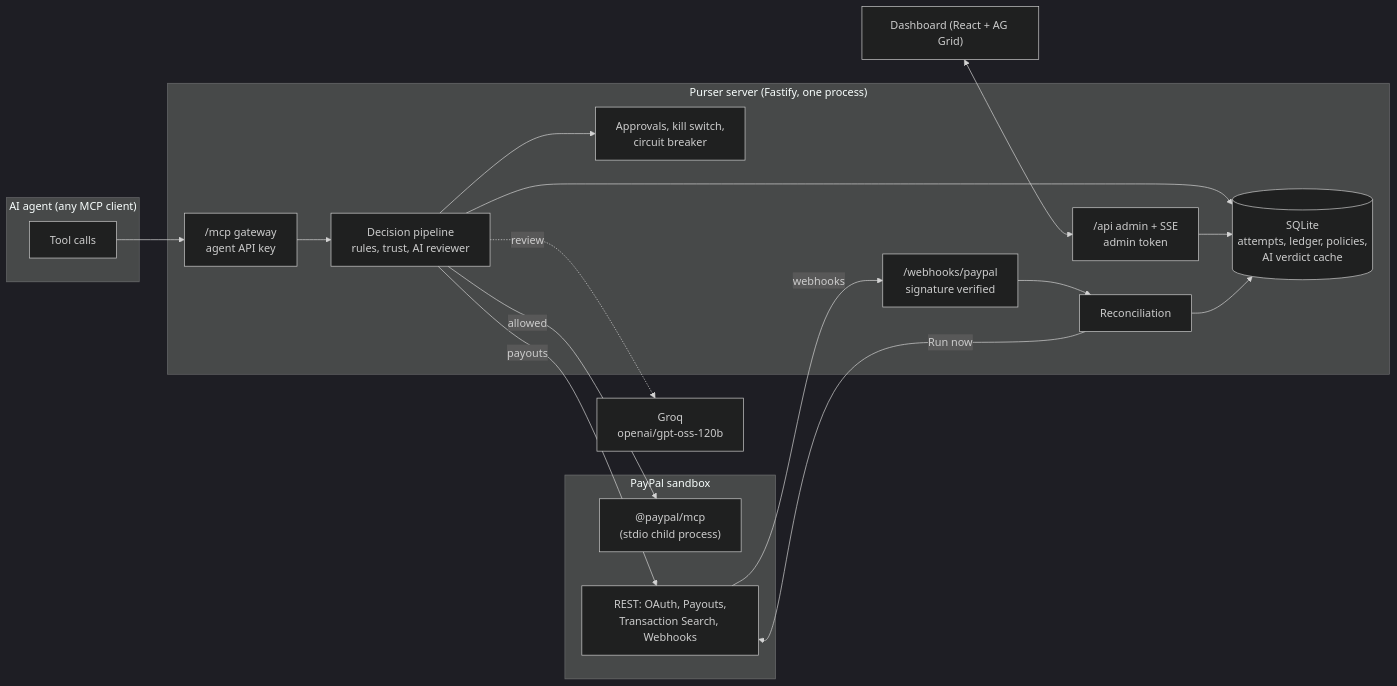
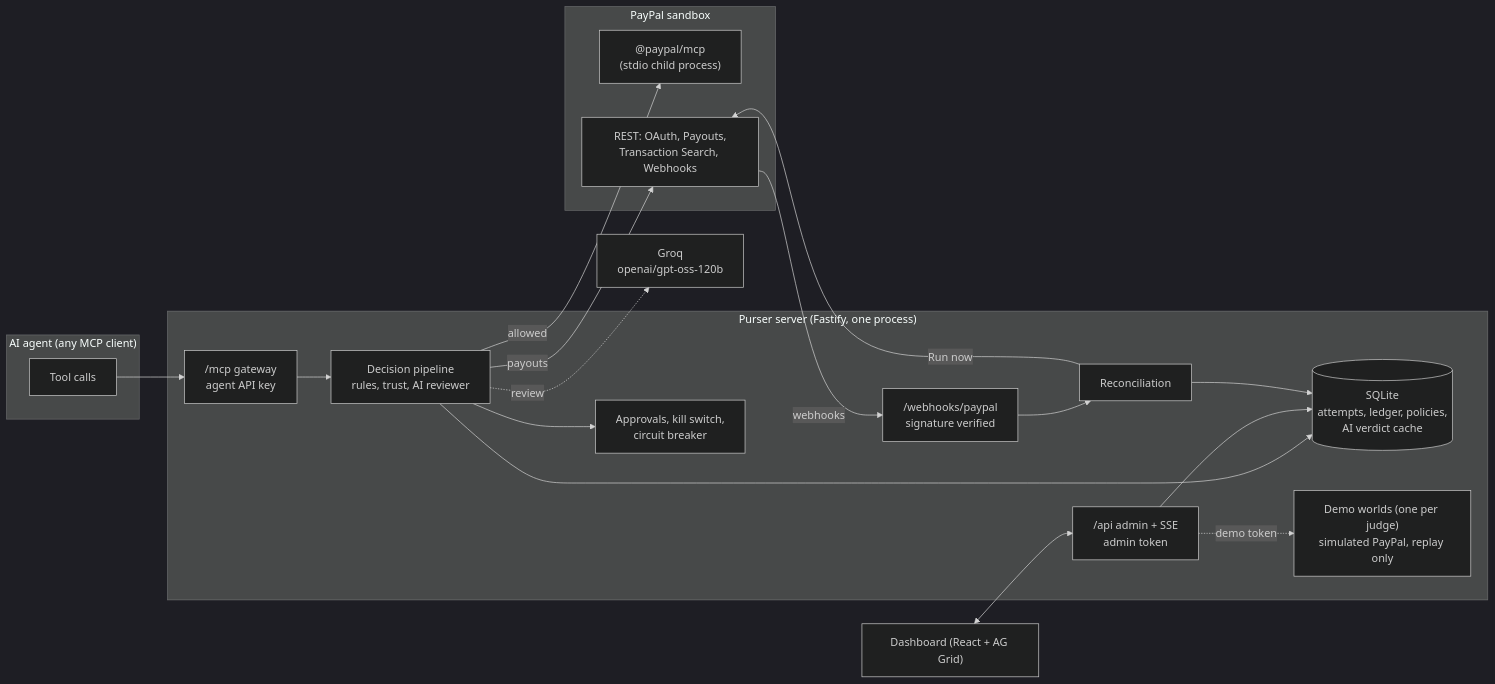
One commit to Im-2/purser changed the diagram in README.md. Above: the diagram before and after it, drawn with Mermaid (dark theme). The commit also changed other lines of this file and 21 other files, not shown here.

````diff
--- a/README.md
+++ b/README.md
@@ -27,32 +27,34 @@
 ```mermaid
 flowchart LR
     subgraph Agent["AI agent (any MCP client)"]
         A[Tool calls]
     end
     subgraph Purser["Purser server (Fastify, one process)"]
         G["/mcp gateway<br/>agent API key"]
         P["Decision pipeline<br/>rules, trust, AI reviewer"]
         AP["Approvals, kill switch,<br/>circuit breaker"]
         DB[("SQLite<br/>attempts, ledger, policies,<br/>AI verdict cache")]
         ADM["/api admin + SSE<br/>admin token"]
         WH["/webhooks/paypal<br/>signature verified"]
         REC["Reconciliation"]
+        DW["Demo worlds (one per judge)<br/>simulated PayPal, replay only"]
     end
     subgraph PayPal["PayPal sandbox"]
         MCP["@paypal/mcp<br/>(stdio child process)"]
         REST["REST: OAuth, Payouts,<br/>Transaction Search, Webhooks"]
     end
     LLM["Groq<br/>openai/gpt-oss-120b"]
     UI["Dashboard (React + AG Grid)"]
 
     A --> G --> P
     P --> DB
     P -- allowed --> MCP
     P -- payouts --> REST
     P -. review .-> LLM
     P --> AP
     UI <--> ADM
     ADM --> DB
+    ADM -. demo token .-> DW
     REST -- webhooks --> WH --> REC --> DB
     REC -- Run now --> REST
 ```
````
